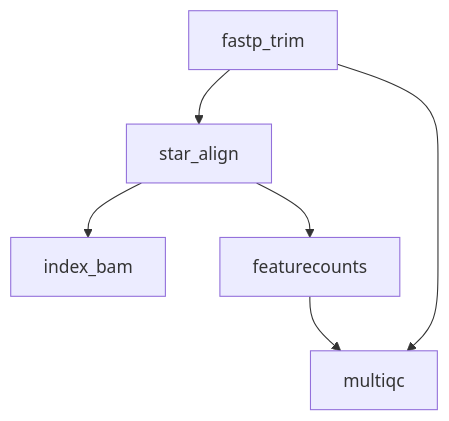
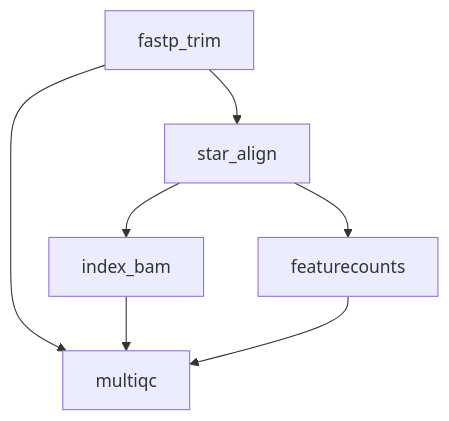
One commit to Traitome/oxo-flow changed the diagram in docs/guide/src/gallery/rnaseq.md. Above: the diagram before and after it, drawn with Mermaid. The commit also changed other lines of this file and 16 other files, not shown here.

````diff
--- a/docs/guide/src/gallery/rnaseq.md
+++ b/docs/guide/src/gallery/rnaseq.md
@@ -13,8 +13,9 @@
 ```mermaid
 graph TD
     A[fastp_trim] --> B[star_align]
     B --> C[index_bam]
     B --> D[featurecounts]
     A --> E[multiqc]
+    C --> E
     D --> E
 ```
````
